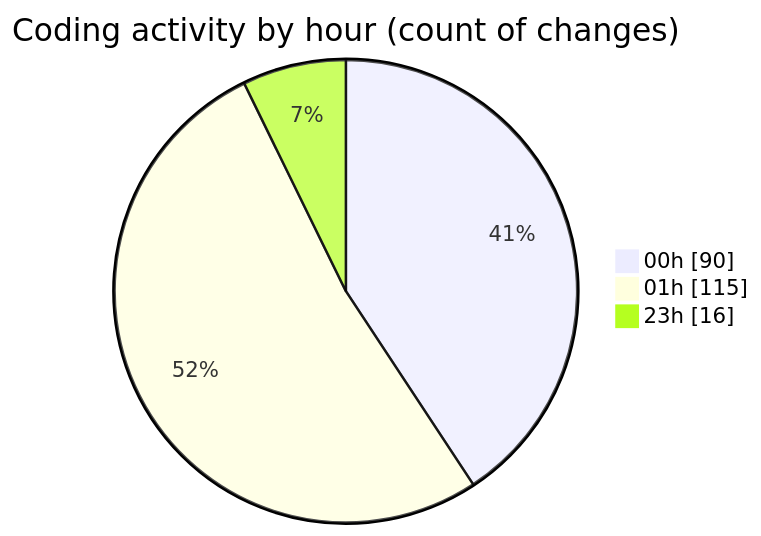
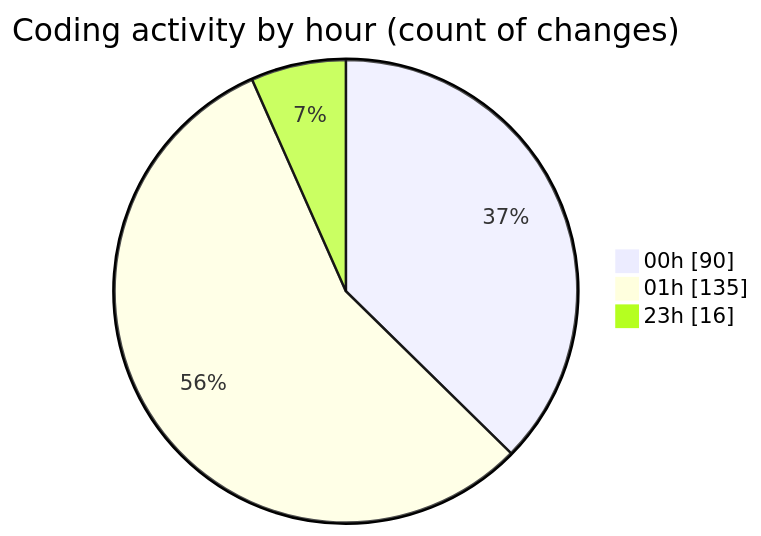
One commit to Ritupan-Deka/code-tracking changed the second of 2 diagrams in 2025-05-26/projects/README.md. Above: the diagram before and after it, drawn with Mermaid. The commit also changed other lines of this file and 1 other file, not shown here.

````diff
--- a/2025-05-26/projects/README.md
+++ b/2025-05-26/projects/README.md
@@ -33,7 +33,7 @@
 ```mermaid
 pie showData
 title Coding activity by hour (count of changes)
 "00h" : 90
-"01h" : 115
+"01h" : 135
 "23h" : 16
 ```
````
